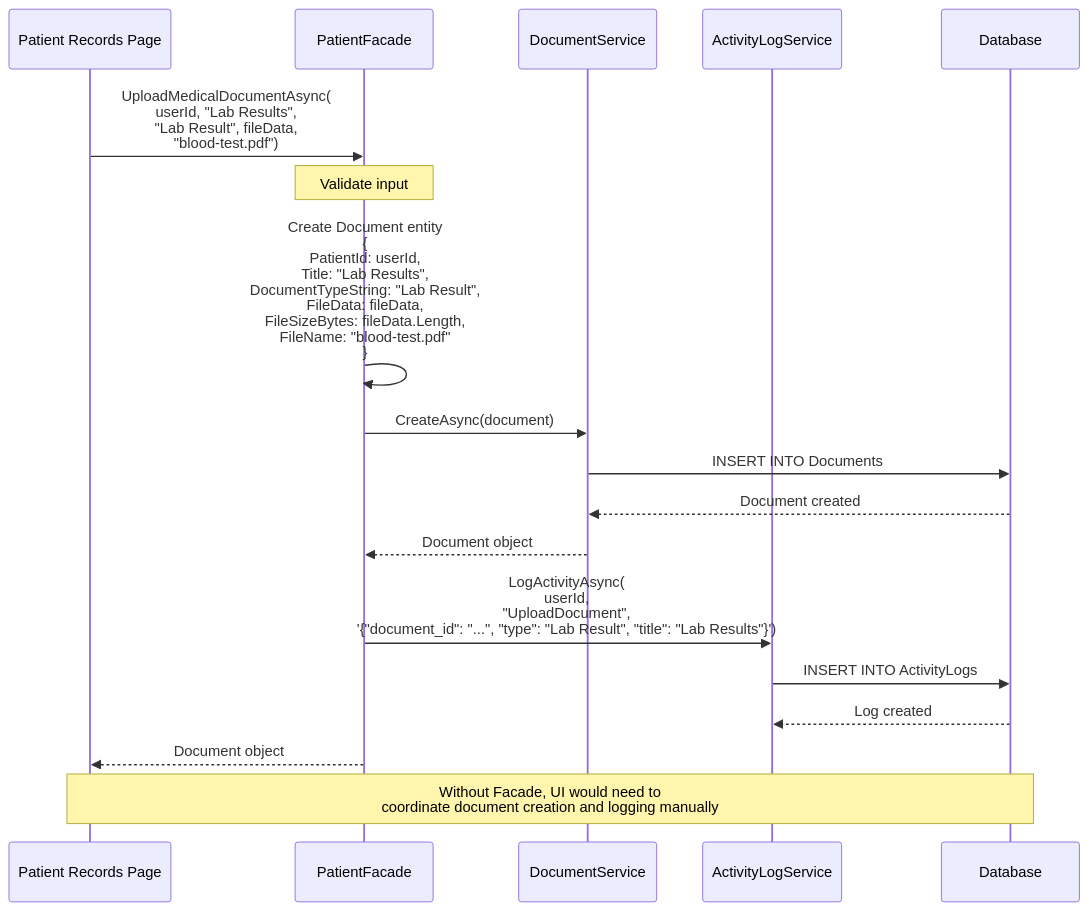
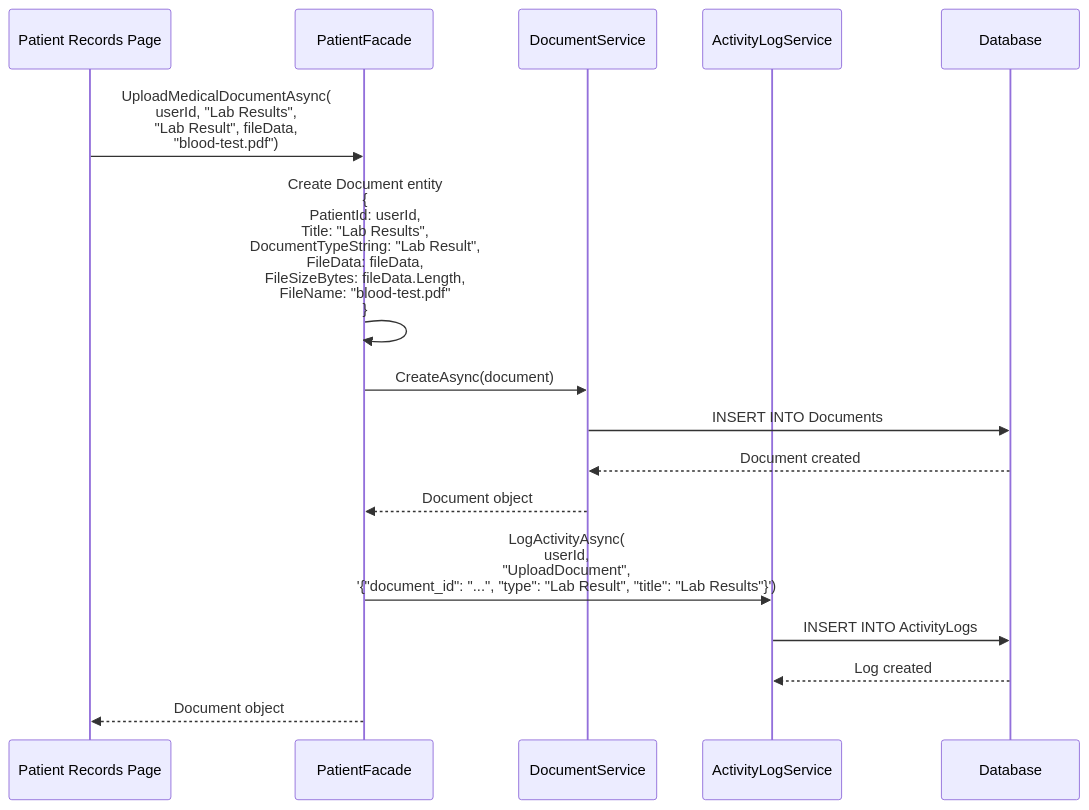
Before and after one commit to WeiXuan-C/ai-clinic: the fifth of 12 diagrams in DESIGN_PATTERNS_PROFESSIONAL.md, drawn with Mermaid. The commit also changed other lines of this file, not shown here.

````diff
--- a/DESIGN_PATTERNS_PROFESSIONAL.md
+++ b/DESIGN_PATTERNS_PROFESSIONAL.md
@@ -440,27 +512,23 @@
 ```mermaid
 sequenceDiagram
     participant UI as Patient Records Page
     participant Facade as PatientFacade
     participant DocSvc as DocumentService
     participant LogSvc as ActivityLogService
     participant DB as Database
     
     UI->>Facade: UploadMedicalDocumentAsync(<br/>userId, "Lab Results",<br/>"Lab Result", fileData,<br/>"blood-test.pdf")
-    
-    Note over Facade: Validate input
     
     Facade->>Facade: Create Document entity<br/>{<br/>  PatientId: userId,<br/>  Title: "Lab Results",<br/>  DocumentTypeString: "Lab Result",<br/>  FileData: fileData,<br/>  FileSizeBytes: fileData.Length,<br/>  FileName: "blood-test.pdf"<br/>}
     
     Facade->>DocSvc: CreateAsync(document)
     DocSvc->>DB: INSERT INTO Documents
     DB-->>DocSvc: Document created
     DocSvc-->>Facade: Document object
     
     Facade->>LogSvc: LogActivityAsync(<br/>userId,<br/>"UploadDocument",<br/>'{"document_id": "...", "type": "Lab Result", "title": "Lab Results"}')
     LogSvc->>DB: INSERT INTO ActivityLogs
     DB-->>LogSvc: Log created
     
     Facade-->>UI: Document object
-    
-    Note over UI,DB: Without Facade, UI would need to<br/>coordinate document creation and logging manually
 ```
````
